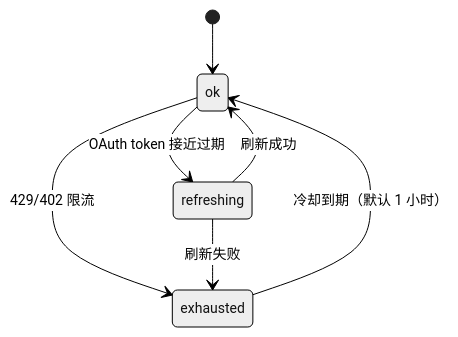
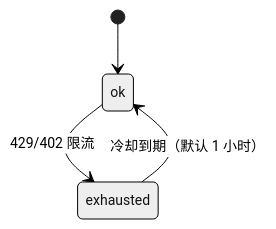
The seventh of 9 diagrams in docs/zh/02-Agent核心.md (fang-lin/hermes-agent-code-analysis), drawn with Mermaid before and after one commit. The commit also changed other lines of this file and 3 other files, not shown here.

First line of the commit message:
图表交叉验证修正：凭证状态 3→2、中断图改链式、stable 层加省略标注

````diff
--- a/docs/zh/02-Agent核心.md
+++ b/docs/zh/02-Agent核心.md
@@ -331,10 +331,7 @@
 ```mermaid
 %%{init: {"theme": "neutral", "themeVariables": {"fontSize": "14px"}}}%%
 stateDiagram-v2
     [*] --> ok
     ok --> exhausted : 429/402 限流
     exhausted --> ok : 冷却到期（默认 1 小时）
-    ok --> refreshing : OAuth token 接近过期
-    refreshing --> ok : 刷新成功
-    refreshing --> exhausted : 刷新失败
 ```
````
